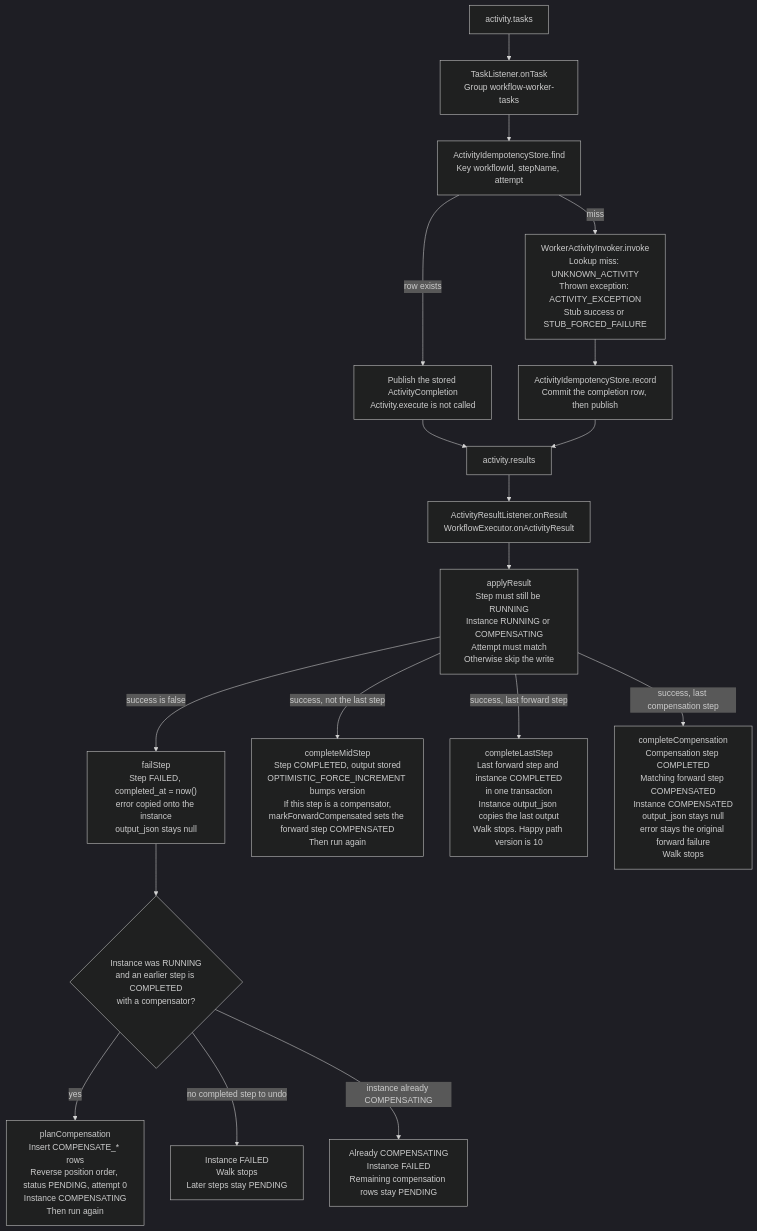
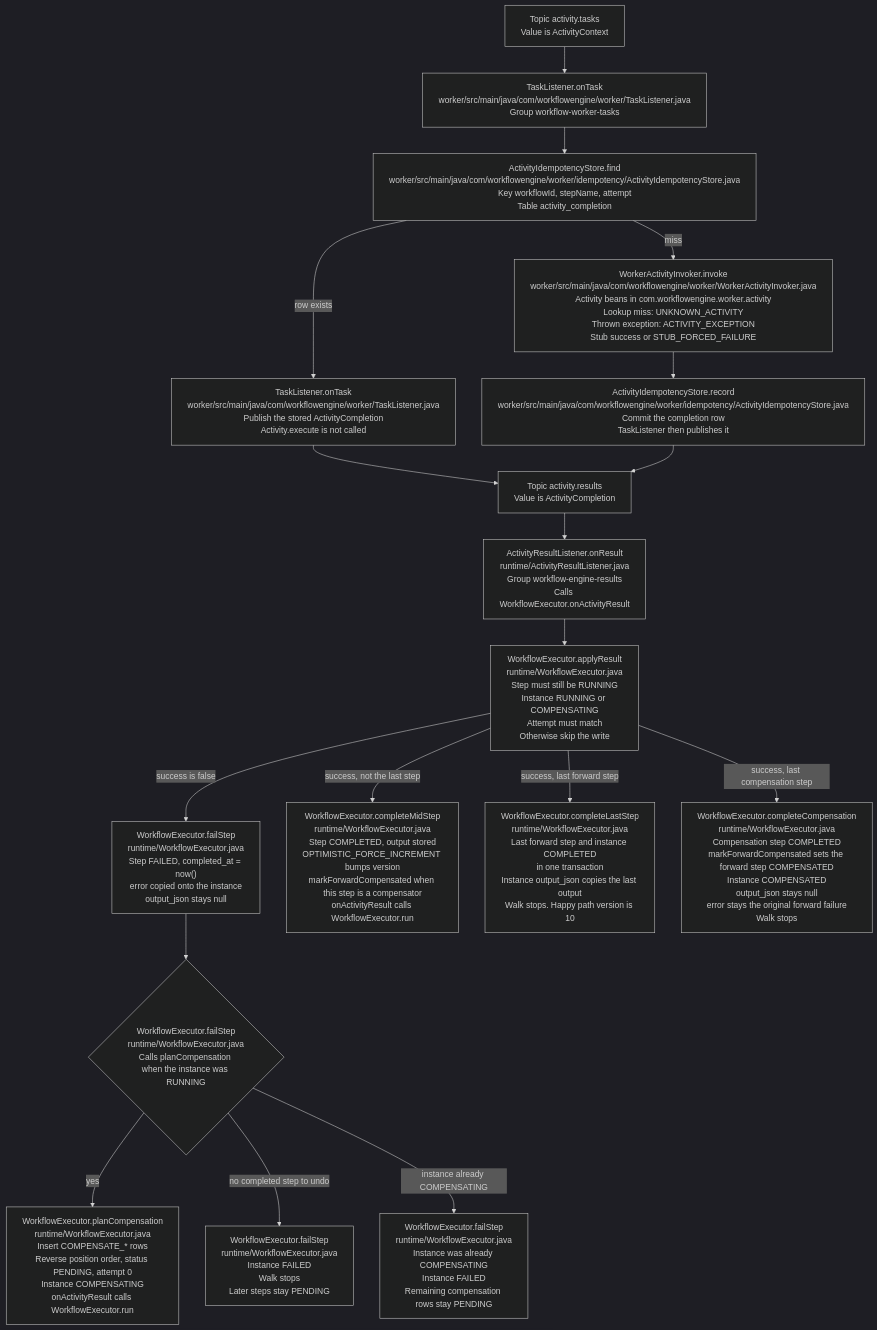
Before and after one commit to ganeshpc/distributed-workflow-engine: the third of 5 diagrams in engine/code-flow.md, drawn with Mermaid (dark theme). The commit also changed other lines of this file, not shown here.

First line of the commit message:
Name each flow block with its class, method, and source file.

````diff
--- a/engine/code-flow.md
+++ b/engine/code-flow.md
@@ -72,32 +72,32 @@
 ```mermaid
 flowchart TD
-  task["activity.tasks"]
-  listen["TaskListener.onTask<br/>Group workflow-worker-tasks"]
-  store["ActivityIdempotencyStore.find<br/>Key workflowId, stepName, attempt"]
-  hit["Publish the stored ActivityCompletion<br/>Activity.execute is not called"]
-  invoke["WorkerActivityInvoker.invoke<br/>Lookup miss: UNKNOWN_ACTIVITY<br/>Thrown exception: ACTIVITY_EXCEPTION<br/>Stub success or STUB_FORCED_FAILURE"]
-  record["ActivityIdempotencyStore.record<br/>Commit the completion row, then publish"]
-  results["activity.results"]
-  result["ActivityResultListener.onResult<br/>WorkflowExecutor.onActivityResult"]
-  apply["applyResult<br/>Step must still be RUNNING<br/>Instance RUNNING or COMPENSATING<br/>Attempt must match<br/>Otherwise skip the write"]
-  fail["failStep<br/>Step FAILED, completed_at = now()<br/>error copied onto the instance<br/>output_json stays null"]
-  plan{"Instance was RUNNING<br/>and an earlier step is COMPLETED<br/>with a compensator?"}
-  comp["planCompensation<br/>Insert COMPENSATE_* rows<br/>Reverse position order, status PENDING, attempt 0<br/>Instance COMPENSATING<br/>Then run again"]
-  terminalFail["Instance FAILED<br/>Walk stops<br/>Later steps stay PENDING"]
-  compFail["Already COMPENSATING<br/>Instance FAILED<br/>Remaining compensation rows stay PENDING"]
-  mid["completeMidStep<br/>Step COMPLETED, output stored<br/>OPTIMISTIC_FORCE_INCREMENT bumps version<br/>If this step is a compensator,<br/>markForwardCompensated sets the forward step COMPENSATED<br/>Then run again"]
-  lastFwd["completeLastStep<br/>Last forward step and instance COMPLETED<br/>in one transaction<br/>Instance output_json copies the last output<br/>Walk stops. Happy path version is 10"]
-  lastComp["completeCompensation<br/>Compensation step COMPLETED<br/>Matching forward step COMPENSATED<br/>Instance COMPENSATED<br/>output_json stays null<br/>error stays the original forward failure<br/>Walk stops"]
+  task["Topic activity.tasks<br/>Value is ActivityContext"]
+  listen["TaskListener.onTask<br/>worker/src/main/java/com/workflowengine/worker/TaskListener.java<br/>Group workflow-worker-tasks"]
+  store["ActivityIdempotencyStore.find<br/>worker/src/main/java/com/workflowengine/worker/idempotency/ActivityIdempotencyStore.java<br/>Key workflowId, stepName, attempt<br/>Table activity_completion"]
+  hit["TaskListener.onTask<br/>worker/src/main/java/com/workflowengine/worker/TaskListener.java<br/>Publish the stored ActivityCompletion<br/>Activity.execute is not called"]
+  invoke["WorkerActivityInvoker.invoke<br/>worker/src/main/java/com/workflowengine/worker/WorkerActivityInvoker.java<br/>Activity beans in com.workflowengine.worker.activity<br/>Lookup miss: UNKNOWN_ACTIVITY<br/>Thrown exception: ACTIVITY_EXCEPTION<br/>Stub success or STUB_FORCED_FAILURE"]
+  record["ActivityIdempotencyStore.record<br/>worker/src/main/java/com/workflowengine/worker/idempotency/ActivityIdempotencyStore.java<br/>Commit the completion row<br/>TaskListener then publishes it"]
+  results["Topic activity.results<br/>Value is ActivityCompletion"]
+  result["ActivityResultListener.onResult<br/>runtime/ActivityResultListener.java<br/>Group workflow-engine-results<br/>Calls WorkflowExecutor.onActivityResult"]
+  apply["WorkflowExecutor.applyResult<br/>runtime/WorkflowExecutor.java<br/>Step must still be RUNNING<br/>Instance RUNNING or COMPENSATING<br/>Attempt must match<br/>Otherwise skip the write"]
+  fail["WorkflowExecutor.failStep<br/>runtime/WorkflowExecutor.java<br/>Step FAILED, completed_at = now()<br/>error copied onto the instance<br/>output_json stays null"]
+  plan{"WorkflowExecutor.failStep<br/>runtime/WorkflowExecutor.java<br/>Calls planCompensation when the instance was RUNNING"}
+  comp["WorkflowExecutor.planCompensation<br/>runtime/WorkflowExecutor.java<br/>Insert COMPENSATE_* rows<br/>Reverse position order, status PENDING, attempt 0<br/>Instance COMPENSATING<br/>onActivityResult calls WorkflowExecutor.run"]
+  terminalFail["WorkflowExecutor.failStep<br/>runtime/WorkflowExecutor.java<br/>Instance FAILED<br/>Walk stops<br/>Later steps stay PENDING"]
+  compFail["WorkflowExecutor.failStep<br/>runtime/WorkflowExecutor.java<br/>Instance was already COMPENSATING<br/>Instance FAILED<br/>Remaining compensation rows stay PENDING"]
+  mid["WorkflowExecutor.completeMidStep<br/>runtime/WorkflowExecutor.java<br/>Step COMPLETED, output stored<br/>OPTIMISTIC_FORCE_INCREMENT bumps version<br/>markForwardCompensated when this step is a compensator<br/>onActivityResult calls WorkflowExecutor.run"]
+  lastFwd["WorkflowExecutor.completeLastStep<br/>runtime/WorkflowExecutor.java<br/>Last forward step and instance COMPLETED<br/>in one transaction<br/>Instance output_json copies the last output<br/>Walk stops. Happy path version is 10"]
+  lastComp["WorkflowExecutor.completeCompensation<br/>runtime/WorkflowExecutor.java<br/>Compensation step COMPLETED<br/>markForwardCompensated sets the forward step COMPENSATED<br/>Instance COMPENSATED<br/>output_json stays null<br/>error stays the original forward failure<br/>Walk stops"]
 
   task --> listen --> store
   store -->|"row exists"| hit --> results
   store -->|miss| invoke --> record --> results
   results --> result --> apply
   apply -->|"success is false"| fail --> plan
   plan -->|yes| comp
   plan -->|"no completed step to undo"| terminalFail
   plan -->|"instance already COMPENSATING"| compFail
   apply -->|"success, not the last step"| mid
   apply -->|"success, last forward step"| lastFwd
   apply -->|"success, last compensation step"| lastComp
 ```
````
